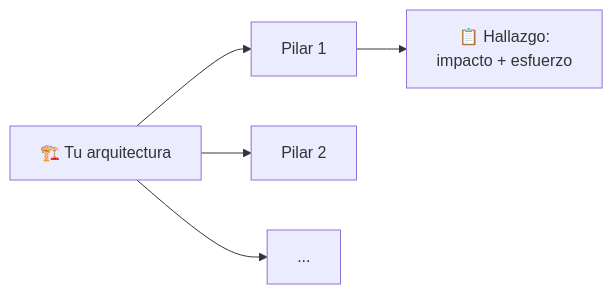
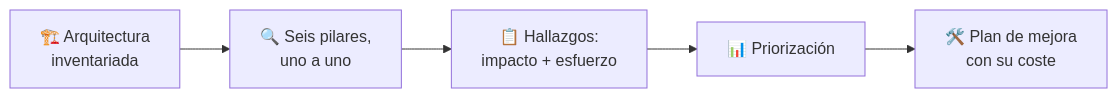
The third of 3 diagrams in docs/tema7/well-architected.md (aitorventura/introduccion-nube), drawn with Mermaid before and after one commit. The commit also changed other lines of this file and 26 other files, not shown here.

````diff
--- a/docs/tema7/well-architected.md
+++ b/docs/tema7/well-architected.md
@@ -65,5 +157,7 @@
 ```mermaid
 flowchart LR
-    Arq["🏗️ Tu arquitectura"] --> Pilar1["Pilar 1"] & Pilar2["Pilar 2"] & PilarN["..."]
-    Pilar1 --> Hallazgo["📋 Hallazgo:<br/>impacto + esfuerzo"]
+    Arq["🏗️ Arquitectura<br/>inventariada"] --> Pilares["🔍 Seis pilares,<br/>uno a uno"]
+    Pilares --> Hallazgos["📋 Hallazgos:<br/>impacto + esfuerzo"]
+    Hallazgos --> Prioridad["📊 Priorización"]
+    Prioridad --> Plan["🛠️ Plan de mejora<br/>con su coste"]
 ```
````
